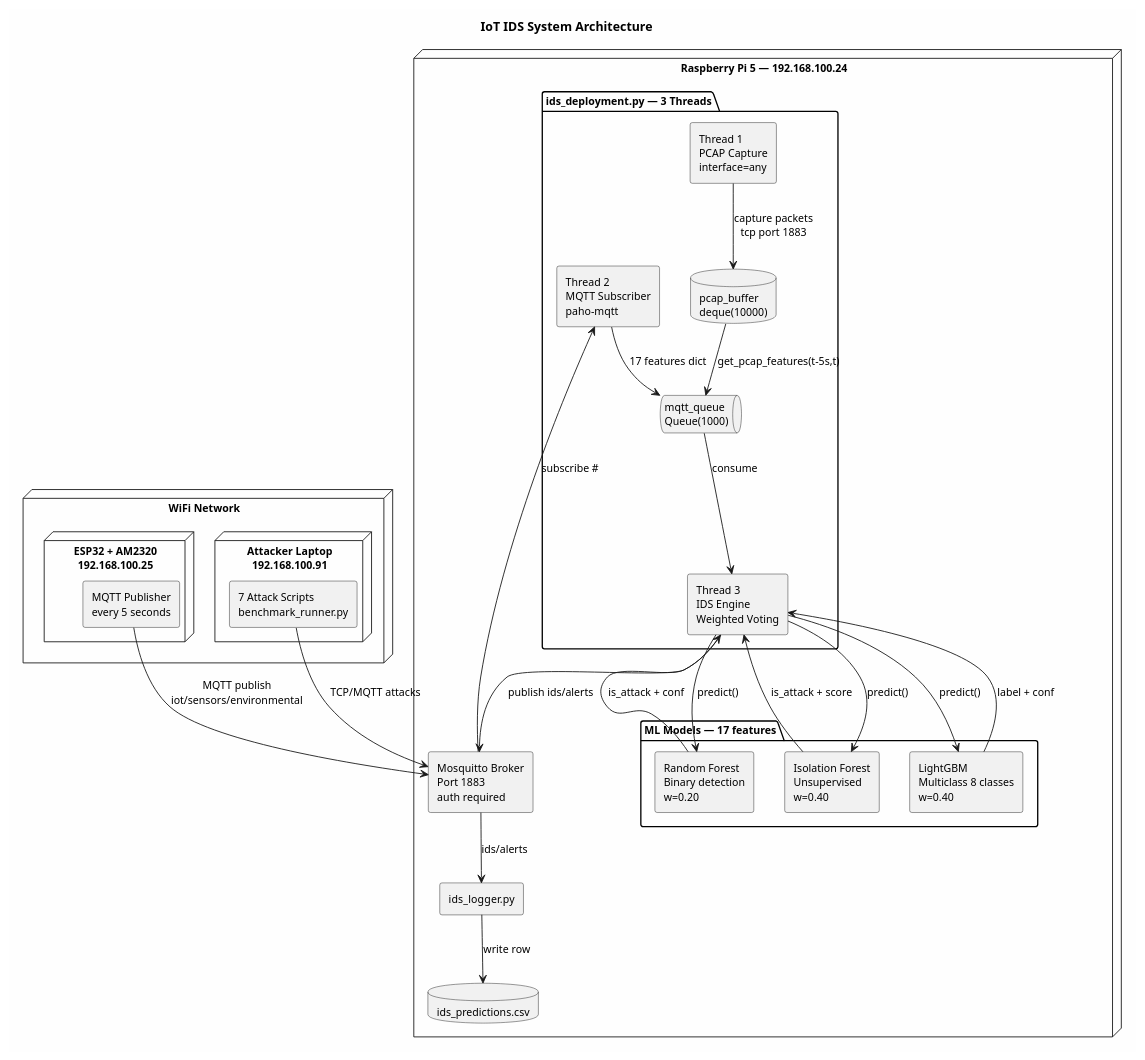
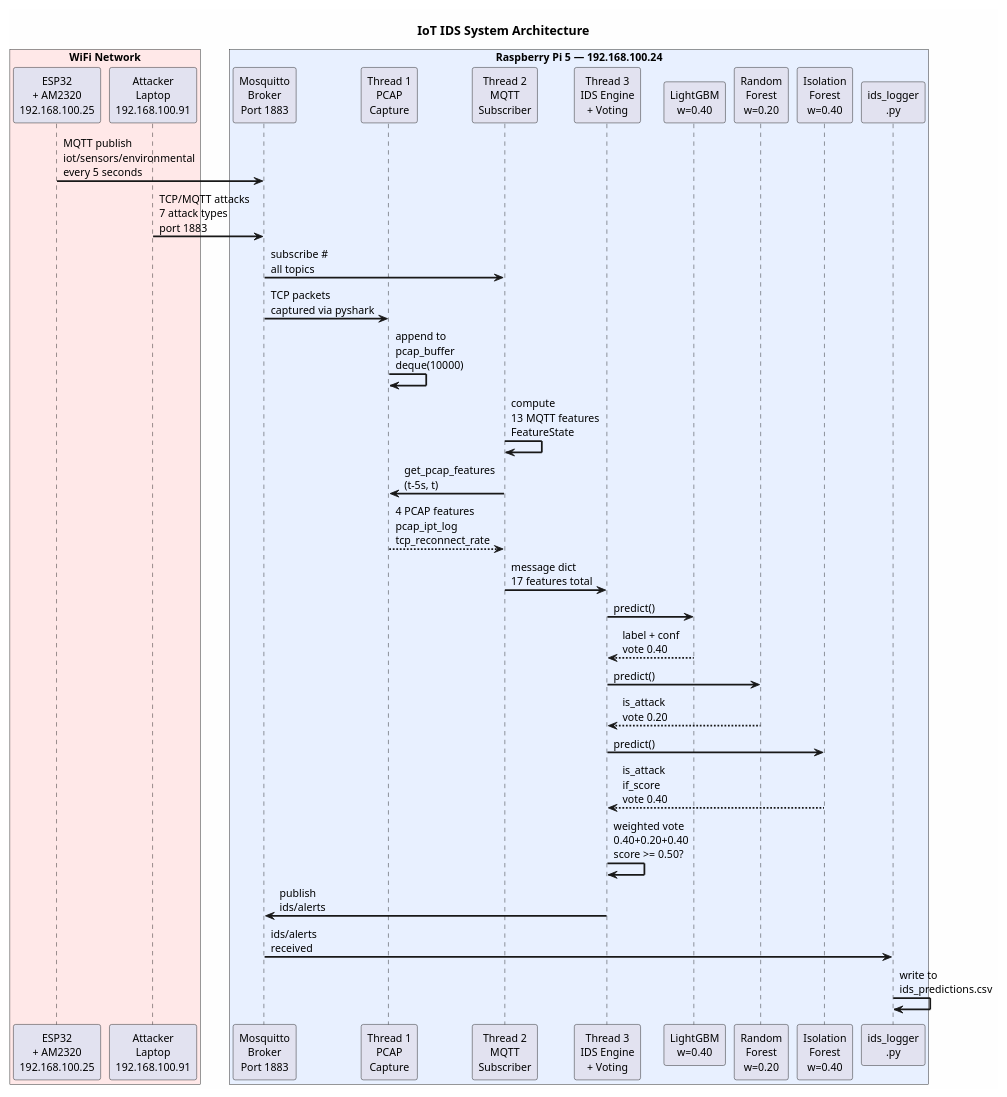
The diagram in diagrams/1_system_architecture.puml (angiflutur/iot-ids-diagrams), drawn with PlantUML before and after one commit. The commit also changed 2 other files, not shown here.

```diff
--- a/diagrams/1_system_architecture.puml
+++ b/diagrams/1_system_architecture.puml
@@ -1,55 +1,53 @@
 @startuml
 title IoT IDS System Architecture
 
 skinparam backgroundColor #FEFEFE
 skinparam defaultFontSize 12
-skinparam componentStyle rectangle
+skinparam sequenceArrowThickness 2
 
-node "WiFi Network" {
-    node "ESP32 + AM2320\n192.168.100.25" as ESP {
-        component "MQTT Publisher\nevery 5 seconds" as PUB
-    }
-    node "Attacker Laptop\n192.168.100.91" as ATK {
-        component "7 Attack Scripts\nbenchmark_runner.py" as BENCH
-    }
-}
+box "WiFi Network" #FFE8E8
+    participant "ESP32\n+ AM2320\n192.168.100.25" as ESP
+    participant "Attacker\nLaptop\n192.168.100.91" as ATK
+end box
 
-node "Raspberry Pi 5 — 192.168.100.24" as PI {
-    component "Mosquitto Broker\nPort 1883\nauth required" as BROKER
+box "Raspberry Pi 5 — 192.168.100.24" #E8F0FF
+    participant "Mosquitto\nBroker\nPort 1883" as BROKER
+    participant "Thread 1\nPCAP\nCapture" as T1
+    participant "Thread 2\nMQTT\nSubscriber" as T2
+    participant "Thread 3\nIDS Engine\n+ Voting" as T3
+    participant "LightGBM\nw=0.40" as LGBM
+    participant "Random\nForest\nw=0.20" as RF
+    participant "Isolation\nForest\nw=0.40" as IF
+    participant "ids_logger\n.py" as LOGGER
+end box
 
-    package "ids_deployment.py — 3 Threads" {
-        component "Thread 1\nPCAP Capture\ninterface=any" as T1
-        component "Thread 2\nMQTT Subscriber\npaho-mqtt" as T2
-        component "Thread 3\nIDS Engine\nWeighted Voting" as T3
-        database "pcap_buffer\ndeque(10000)" as BUF
-        queue "mqtt_queue\nQueue(1000)" as Q
-    }
+ESP -> BROKER : MQTT publish\niot/sensors/environmental\nevery 5 seconds
+ATK -> BROKER : TCP/MQTT attacks\n7 attack types\nport 1883
 
-    package "ML Models — 17 features" {
-        component "LightGBM\nMulticlass 8 classes\nw=0.40" as LGBM
-        component "Random Forest\nBinary detection\nw=0.20" as RF
-        component "Isolation Forest\nUnsupervised\nw=0.40" as IF
-    }
+BROKER -> T2 : subscribe #\nall topics
+BROKER -> T1 : TCP packets\ncaptured via pyshark
 
-    component "ids_logger.py" as LOGGER
-    database "ids_predictions.csv" as CSV
-}
+T1 -> T1 : append to\npcap_buffer\ndeque(10000)
+T2 -> T2 : compute\n13 MQTT features\nFeatureState
 
-PUB --> BROKER : MQTT publish\niot/sensors/environmental
-BENCH --> BROKER : TCP/MQTT attacks
-BROKER --> T2 : subscribe #
-T1 --> BUF : capture packets\ntcp port 1883
-T2 --> Q : 17 features dict
-BUF --> Q : get_pcap_features(t-5s,t)
-Q --> T3 : consume
-T3 --> LGBM : predict()
-T3 --> RF : predict()
-T3 --> IF : predict()
-LGBM --> T3 : label + conf
-RF --> T3 : is_attack + conf
-IF --> T3 : is_attack + score
-T3 --> BROKER : publish ids/alerts
-BROKER --> LOGGER : ids/alerts
-LOGGER --> CSV : write row
+T2 -> T1 : get_pcap_features\n(t-5s, t)
+T1 --> T2 : 4 PCAP features\npcap_ipt_log\ntcp_reconnect_rate
+
+T2 -> T3 : message dict\n17 features total
+
+T3 -> LGBM : predict()
+LGBM --> T3 : label + conf\nvote 0.40
+
+T3 -> RF : predict()
+RF --> T3 : is_attack\nvote 0.20
+
+T3 -> IF : predict()
+IF --> T3 : is_attack\nif_score\nvote 0.40
+
+T3 -> T3 : weighted vote\n0.40+0.20+0.40\nscore >= 0.50?
+
+T3 -> BROKER : publish\nids/alerts
+BROKER -> LOGGER : ids/alerts\nreceived
+LOGGER -> LOGGER : write to\nids_predictions.csv
 
 @enduml
```
